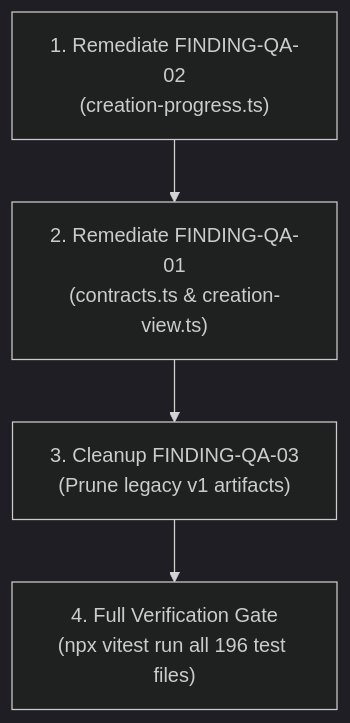
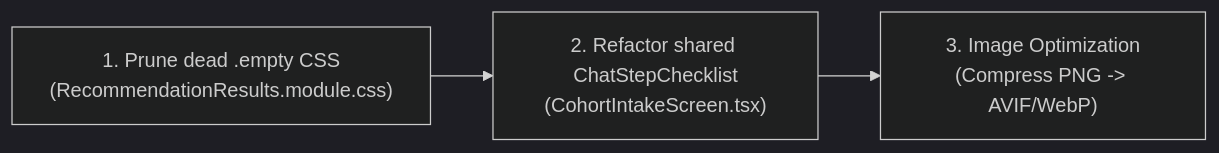
Before and after one commit to th-efool/undone-site: the diagram in plans/cohort-builder/IdiotCheckInQualityAssessment.md, drawn with Mermaid (dark theme). The commit also changed other lines of this file, not shown here.

Commit message:
docs(cohort-builder): update quality assessment report for AI chat creation enhancement

````diff
--- a/plans/cohort-builder/IdiotCheckInQualityAssessment.md
+++ b/plans/cohort-builder/IdiotCheckInQualityAssessment.md
@@ -207,6 +154,5 @@
 ```mermaid
-flowchart TD
-    F2["1. Remediate FINDING-QA-02\n(creation-progress.ts)"] --> F1["2. Remediate FINDING-QA-01\n(contracts.ts & creation-view.ts)"]
-    F1 --> F3["3. Cleanup FINDING-QA-03\n(Prune legacy v1 artifacts)"]
-    F3 --> FinalVerify["4. Full Verification Gate\n(npx vitest run all 196 test files)"]
+flowchart LR
+    A["1. Prune dead .empty CSS\n(RecommendationResults.module.css)"] --> B["2. Refactor shared ChatStepChecklist\n(CohortIntakeScreen.tsx)"]
+    B --> C["3. Image Optimization\n(Compress PNG -> AVIF/WebP)"]
 ```
````
